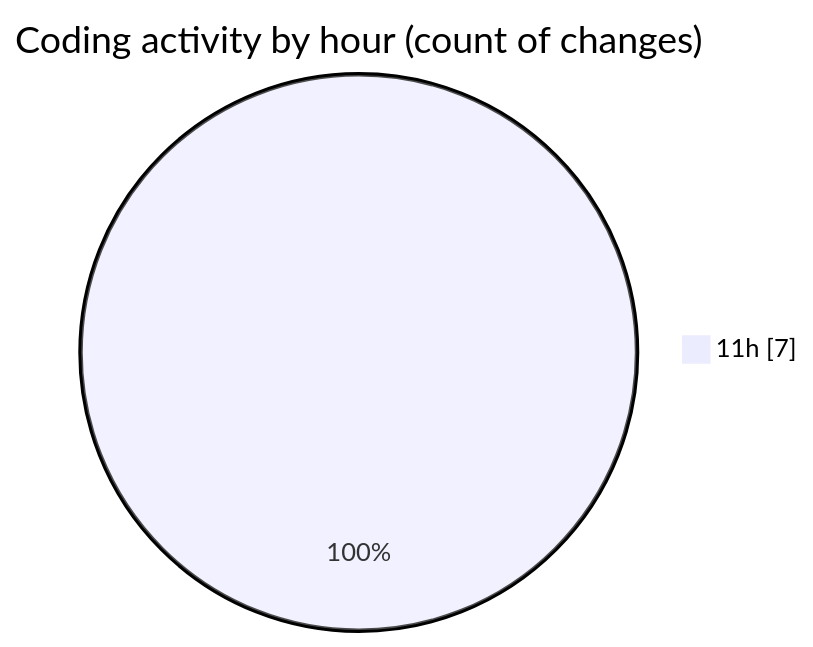
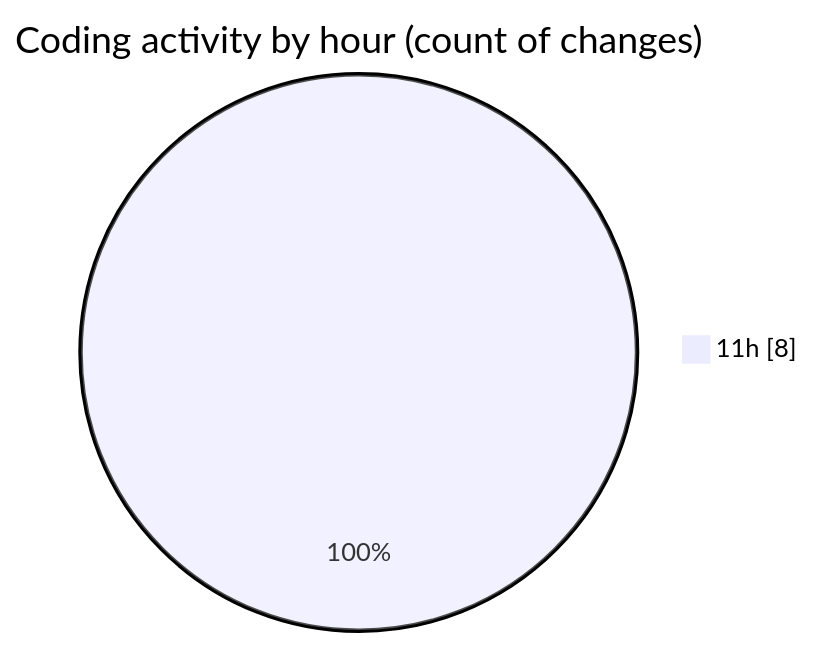
Before and after one commit to BS-eng2023/code-tracking: the second of 2 diagrams in 2025-05-08/recipe-app/README.md, drawn with Mermaid. The commit also changed other lines of this file and 1 other file, not shown here.

````diff
--- a/2025-05-08/recipe-app/README.md
+++ b/2025-05-08/recipe-app/README.md
@@ -31,5 +31,5 @@
 ```mermaid
 pie showData
 title Coding activity by hour (count of changes)
-"11h" : 7
+"11h" : 8
 ```
````
